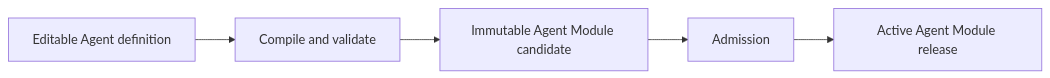
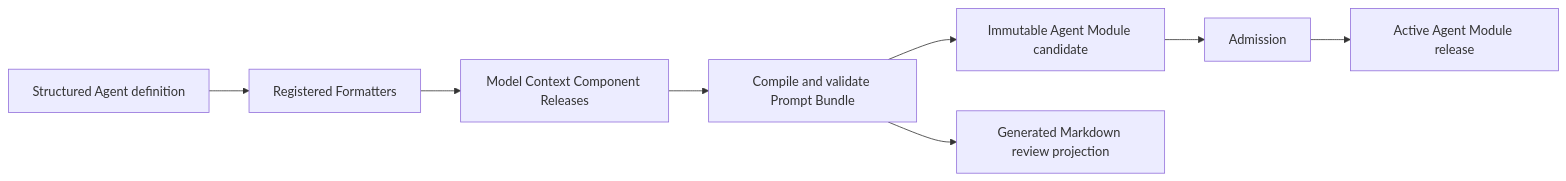
The fourth of 5 diagrams in README.md (bobaoai/agent_runtime), drawn with Mermaid before and after one commit. The commit also changed other lines of this file and 21 other files, not shown here.

First line of the commit message:
feat(registry): persist model context component releases

````diff
--- a/README.md
+++ b/README.md
@@ -233,7 +236,10 @@
 ```mermaid
 flowchart LR
-    SOURCE["Editable Agent definition"] --> COMPILE["Compile and validate"]
+    SOURCE["Structured Agent definition"] --> FORMAT["Registered Formatters"]
+    FORMAT --> COMPONENTS["Model Context Component Releases"]
+    COMPONENTS --> COMPILE["Compile and validate Prompt Bundle"]
     COMPILE --> CANDIDATE["Immutable Agent Module candidate"]
+    COMPILE --> MD["Generated Markdown review projection"]
     CANDIDATE --> ADMIT["Admission"]
     ADMIT --> ACTIVE["Active Agent Module release"]
 ```
````
